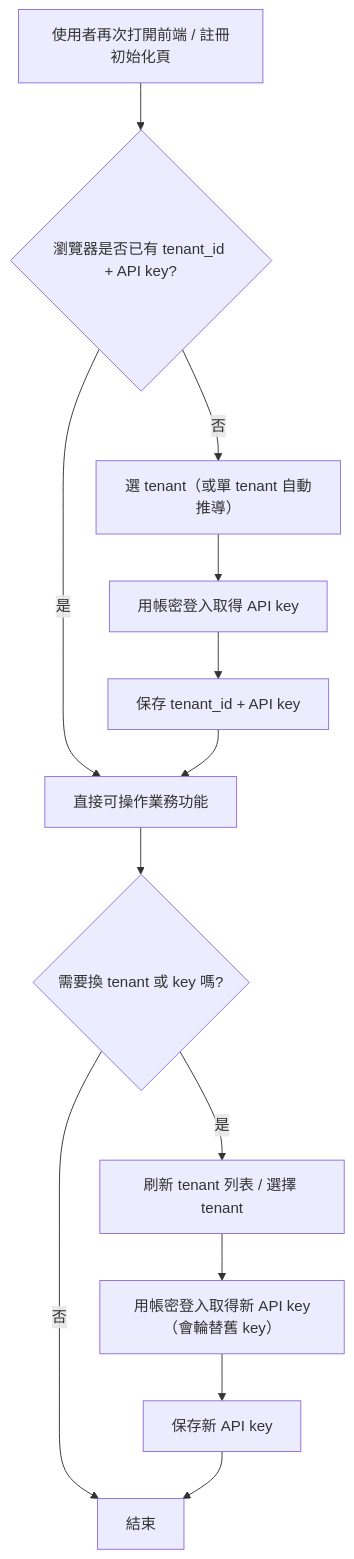
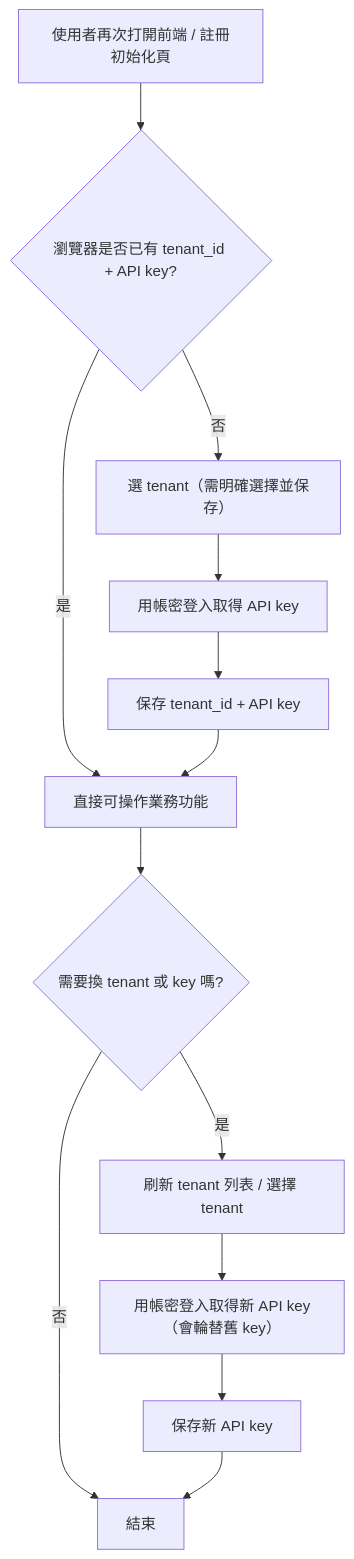
One commit to yucheng384752/Form-analysis-server-specify-kit changed the second of 2 diagrams in getting-started/REGISTRATION_FLOW.md. Above: the diagram before and after it, drawn with Mermaid. The commit also changed other lines of this file and 21 other files, not shown here.

````diff
--- a/getting-started/REGISTRATION_FLOW.md
+++ b/getting-started/REGISTRATION_FLOW.md
@@ -34,16 +34,16 @@
 ```mermaid
 flowchart TD
   A[使用者再次打開前端 / 註冊初始化頁] --> B{瀏覽器是否已有 tenant_id + API key?}
   B -- 是 --> C[直接可操作業務功能]
   C --> D{需要換 tenant 或 key 嗎?}
   D -- 否 --> Z[結束]
   D -- 是 --> E[刷新 tenant 列表 / 選擇 tenant]
   E --> F[用帳密登入取得新 API key（會輪替舊 key）]
   F --> G[保存新 API key]
   G --> Z
 
-  B -- 否 --> H[選 tenant（或單 tenant 自動推導）]
+  B -- 否 --> H[選 tenant（需明確選擇並保存）]
   H --> I[用帳密登入取得 API key]
   I --> J[保存 tenant_id + API key]
   J --> C
 ```
````
